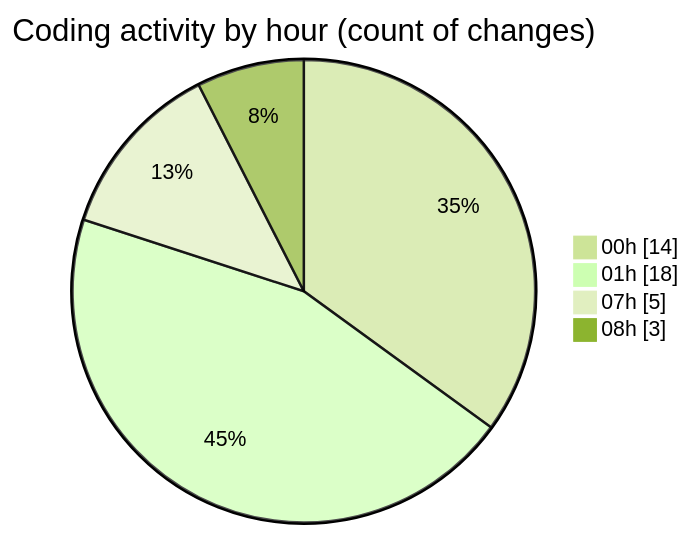
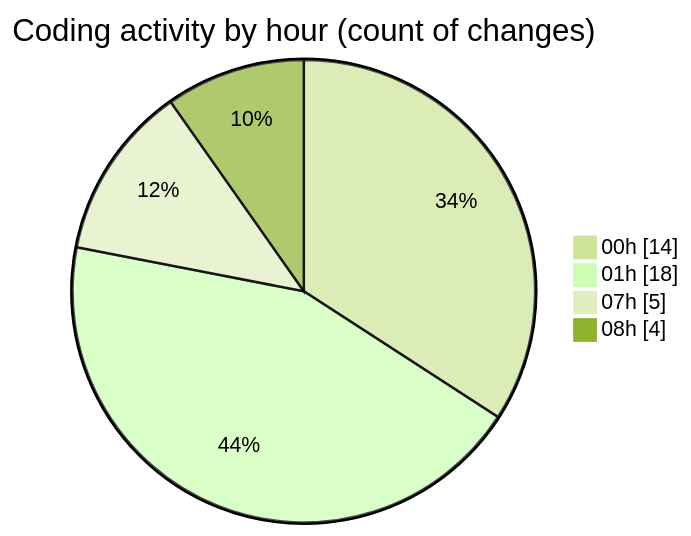
Before and after one commit to idhammustaqopulfikri/code-tracking: the second of 2 diagrams in 2025-06-23/studio-backend/README.md, drawn with Mermaid (forest theme). The commit also changed other lines of this file and 1 other file, not shown here.

````diff
--- a/2025-06-23/studio-backend/README.md
+++ b/2025-06-23/studio-backend/README.md
@@ -32,8 +32,8 @@
 ```mermaid
 pie showData
 title Coding activity by hour (count of changes)
 "00h" : 14
 "01h" : 18
 "07h" : 5
-"08h" : 3
+"08h" : 4
 ```
````
